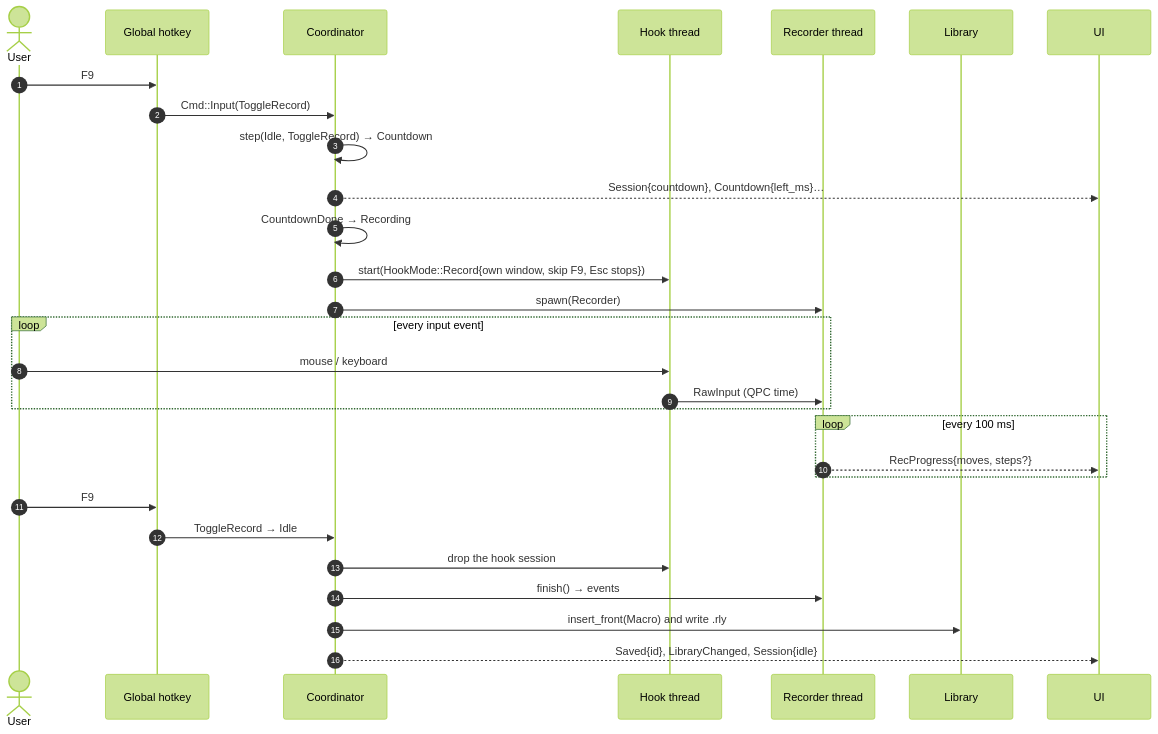
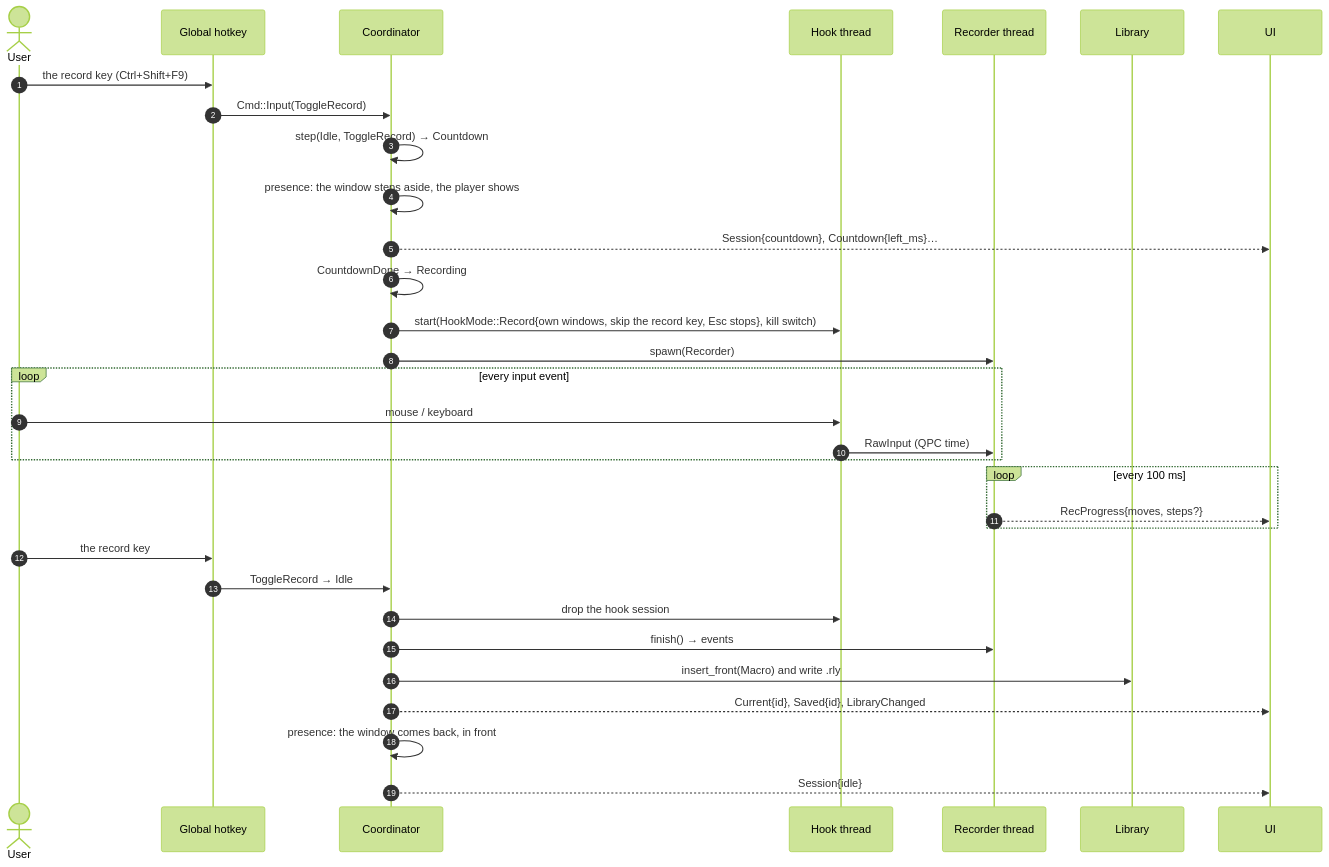
Before and after one commit to HappyRave/Relay: the third of 6 diagrams in docs/engineering/architecture.md, drawn with Mermaid (forest theme). The commit also changed other lines of this file and 41 other files, not shown here.

````diff
--- a/docs/engineering/architecture.md
+++ b/docs/engineering/architecture.md
@@ -103,32 +107,35 @@
 ```mermaid
 sequenceDiagram
     autonumber
     actor U as User
     participant HK as Global hotkey
     participant C as Coordinator
     participant H as Hook thread
     participant R as Recorder thread
     participant L as Library
     participant UI
 
-    U->>HK: F9
+    U->>HK: the record key (Ctrl+Shift+F9)
     HK->>C: Cmd::Input(ToggleRecord)
     C->>C: step(Idle, ToggleRecord) → Countdown
+    C->>C: presence: the window steps aside, the player shows
     C-->>UI: Session{countdown}, Countdown{left_ms}…
     C->>C: CountdownDone → Recording
-    C->>H: start(HookMode::Record{own window, skip F9, Esc stops})
+    C->>H: start(HookMode::Record{own windows, skip the record key, Esc stops}, kill switch)
     C->>R: spawn(Recorder)
     loop every input event
         U->>H: mouse / keyboard
         H->>R: RawInput (QPC time)
     end
     loop every 100 ms
         R-->>UI: RecProgress{moves, steps?}
     end
-    U->>HK: F9
+    U->>HK: the record key
     HK->>C: ToggleRecord → Idle
     C->>H: drop the hook session
     C->>R: finish() → events
     C->>L: insert_front(Macro) and write .rly
-    C-->>UI: Saved{id}, LibraryChanged, Session{idle}
+    C-->>UI: Current{id}, Saved{id}, LibraryChanged
+    C->>C: presence: the window comes back, in front
+    C-->>UI: Session{idle}
 ```
````
